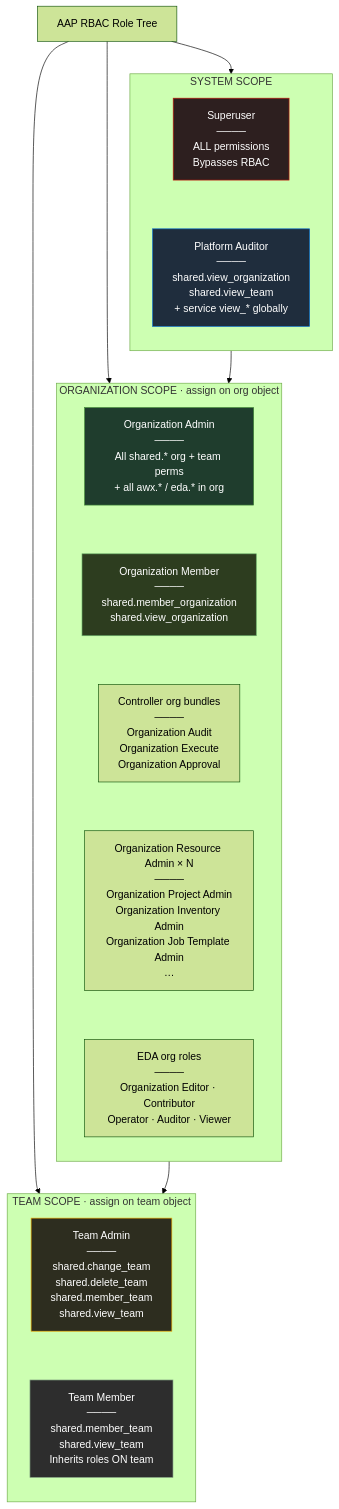
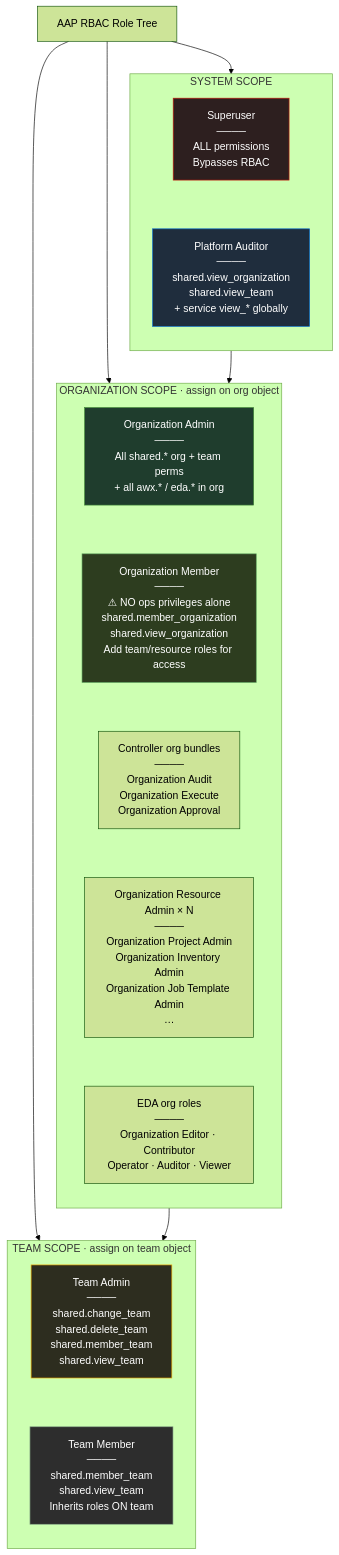
Before and after one commit to lennysh/aap-rbac-notes: the first of 6 diagrams in AAP-RBAC-ROLE-HIERARCHY.md, drawn with Mermaid (forest theme). The commit also changed other lines of this file and 2 other files, not shown here.

Commit message:
add org member notes per @rh-raustin

````diff
--- a/AAP-RBAC-ROLE-HIERARCHY.md
+++ b/AAP-RBAC-ROLE-HIERARCHY.md
@@ -171,42 +174,42 @@
 ```mermaid
 flowchart TB
     ROOT["AAP RBAC Role Tree"]
 
     ROOT --> SYS
     ROOT --> ORG
     ROOT --> TEAM
 
     subgraph SYS["SYSTEM SCOPE"]
         direction TB
         SU["Superuser<br/>────<br/>ALL permissions<br/>Bypasses RBAC"]
         PA["Platform Auditor<br/>────<br/>shared.view_organization<br/>shared.view_team<br/>+ service view_* globally"]
         SU ~~~ PA
     end
 
     subgraph ORG["ORGANIZATION SCOPE · assign on org object"]
         direction TB
         OA["Organization Admin<br/>────<br/>All shared.* org + team perms<br/>+ all awx.* / eda.* in org"]
-        OM["Organization Member<br/>────<br/>shared.member_organization<br/>shared.view_organization"]
+        OM["Organization Member<br/>────<br/>⚠ NO ops privileges alone<br/>shared.member_organization<br/>shared.view_organization<br/>Add team/resource roles for access"]
         OX["Controller org bundles<br/>────<br/>Organization Audit<br/>Organization Execute<br/>Organization Approval"]
         OYA["Organization Resource Admin × N<br/>────<br/>Organization Project Admin<br/>Organization Inventory Admin<br/>Organization Job Template Admin<br/>…"]
         OEA["EDA org roles<br/>────<br/>Organization Editor · Contributor<br/>Operator · Auditor · Viewer"]
         OA ~~~ OM ~~~ OX ~~~ OYA ~~~ OEA
     end
 
     subgraph TEAM["TEAM SCOPE · assign on team object"]
         direction TB
         TA["Team Admin<br/>────<br/>shared.change_team<br/>shared.delete_team<br/>shared.member_team<br/>shared.view_team"]
         TM["Team Member<br/>────<br/>shared.member_team<br/>shared.view_team<br/>Inherits roles ON team"]
         TA ~~~ TM
     end
 
     SYS --> ORG
     ORG --> TEAM
 
     style SU fill:#2d1f1f,stroke:#c9190b,color:#fff
     style PA fill:#1f2d3d,stroke:#06c,color:#fff
     style OA fill:#1f3d2d,stroke:#3e8635,color:#fff
     style OM fill:#2d3d1f,stroke:#6a6,color:#fff
     style TA fill:#2d2d1f,stroke:#f0ab00,color:#fff
     style TM fill:#2d2d2d,stroke:#8a8,color:#fff
 ```
````
